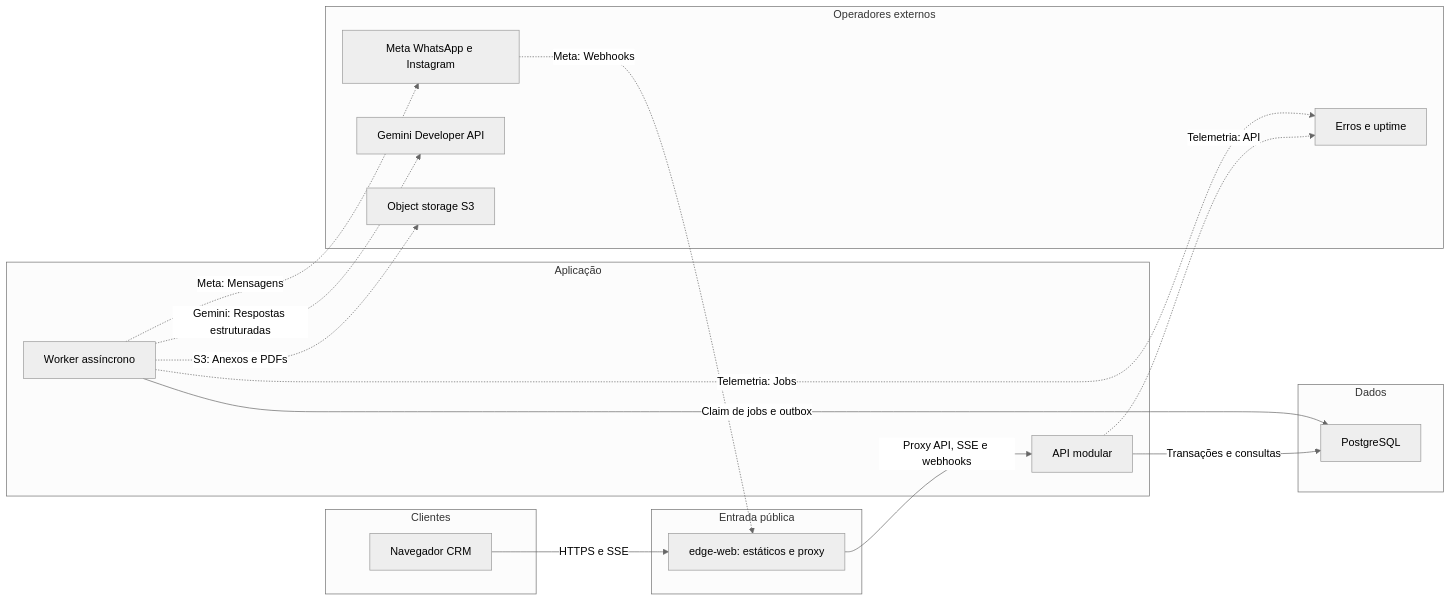
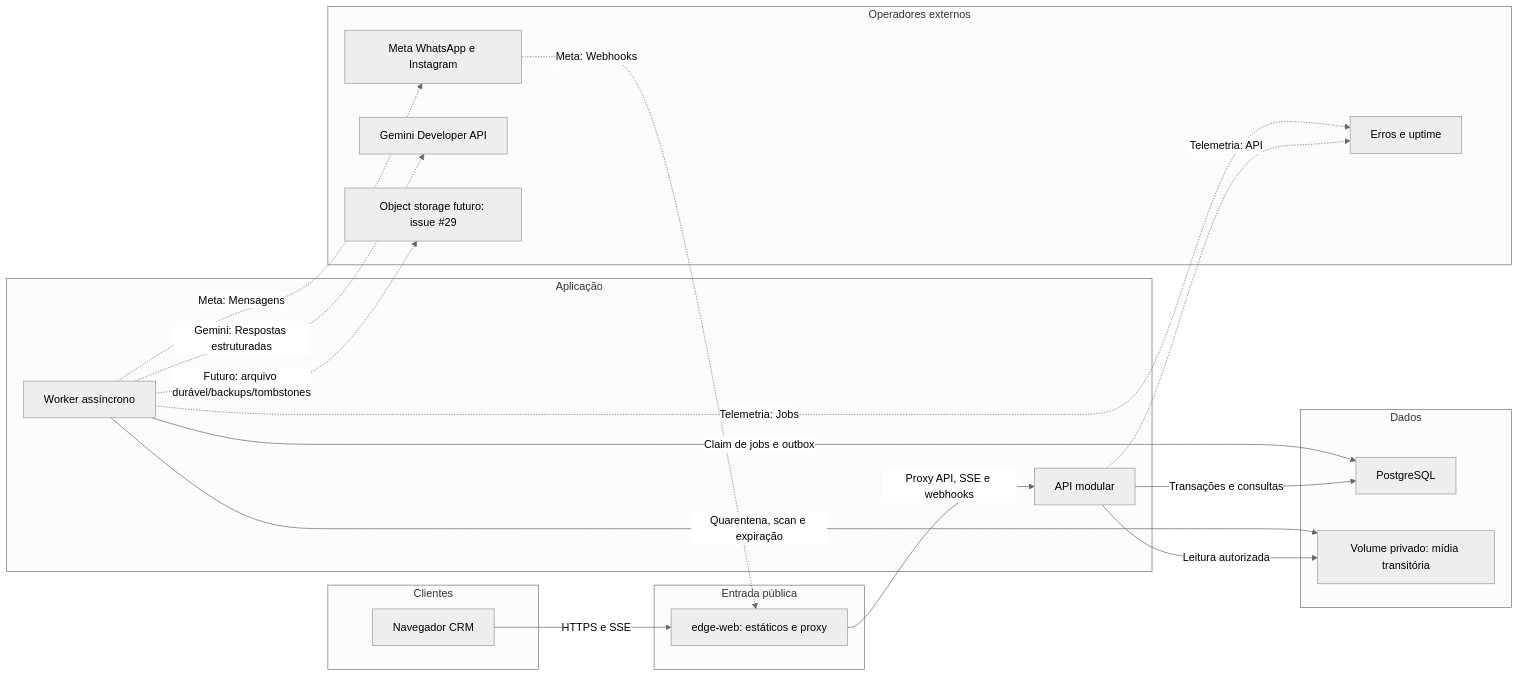
The first of 3 diagrams in TECHNICAL-DESIGN.md (romulosutil/crm-silmer), drawn with Mermaid (neutral theme) before and after one commit. The commit also changed other lines of this file and 32 other files, not shown here.

````diff
--- a/TECHNICAL-DESIGN.md
+++ b/TECHNICAL-DESIGN.md
@@ -122,33 +124,36 @@
 ```mermaid
 flowchart LR
     subgraph client ["Clientes"]
         browser["Navegador CRM"]
     end
     subgraph gateway ["Entrada pública"]
         edgeWeb["edge-web: estáticos e proxy"]
     end
     subgraph service ["Aplicação"]
         api["API modular"]
         worker["Worker assíncrono"]
     end
     subgraph datastore ["Dados"]
         postgres["PostgreSQL"]
+        mediaVolume["Volume privado: mídia transitória"]
     end
     subgraph external ["Operadores externos"]
         meta["Meta WhatsApp e Instagram"]
         aiProvider["Gemini Developer API"]
-        objectStorage["Object storage S3"]
+        objectStorage["Object storage futuro: issue #29"]
         telemetry["Erros e uptime"]
     end
 
     browser -->|"HTTPS e SSE"| edgeWeb
     edgeWeb -->|"Proxy API, SSE e webhooks"| api
     api -->|"Transações e consultas"| postgres
     worker -->|"Claim de jobs e outbox"| postgres
+    api -->|"Leitura autorizada"| mediaVolume
+    worker -->|"Quarentena, scan e expiração"| mediaVolume
     meta -.->|"Meta: Webhooks"| edgeWeb
     worker -.->|"Meta: Mensagens"| meta
     worker -.->|"Gemini: Respostas estruturadas"| aiProvider
-    worker -.->|"S3: Anexos e PDFs"| objectStorage
+    worker -.->|"Futuro: arquivo durável/backups/tombstones"| objectStorage
     api -.->|"Telemetria: API"| telemetry
     worker -.->|"Telemetria: Jobs"| telemetry
 ```
````
